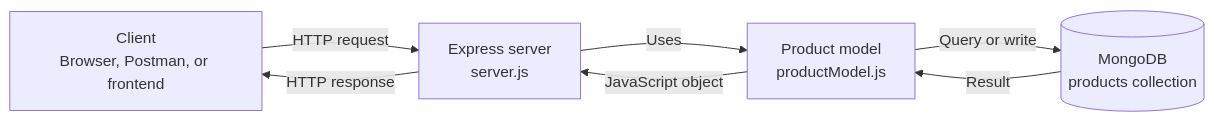
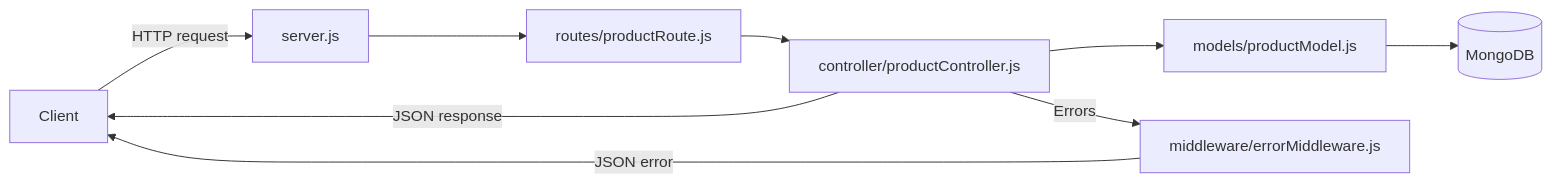
One commit to xami13/simple-CRUD- changed the diagram in README.md. Above: the diagram before and after it, drawn with Mermaid. The commit also changed other lines of this file and 8 other files, not shown here.

Commit message:
refactor: restructure server into MVC layout with product CRUD

````diff
--- a/README.md
+++ b/README.md
@@ -22,13 +7,11 @@
 ```mermaid
 flowchart LR
-    A[Client<br/>Browser, Postman, or frontend]
-    B[Express server<br/>server.js]
-    C[Product model<br/>productModel.js]
-    D[(MongoDB<br/>products collection)]
-    A -->|HTTP request| B
-    B -->|Uses| C
-    C -->|Query or write| D
-    D -->|Result| C
-    C -->|JavaScript object| B
-    B -->|HTTP response| A
+    Client -->|HTTP request| Server[server.js]
+    Server --> Router[routes/productRoute.js]
+    Router --> Controller[controller/productController.js]
+    Controller --> Model[models/productModel.js]
+    Model --> DB[(MongoDB)]
+    Controller -->|Errors| Middleware[middleware/errorMiddleware.js]
+    Middleware -->|JSON error| Client
+    Controller -->|JSON response| Client
 ```
````
